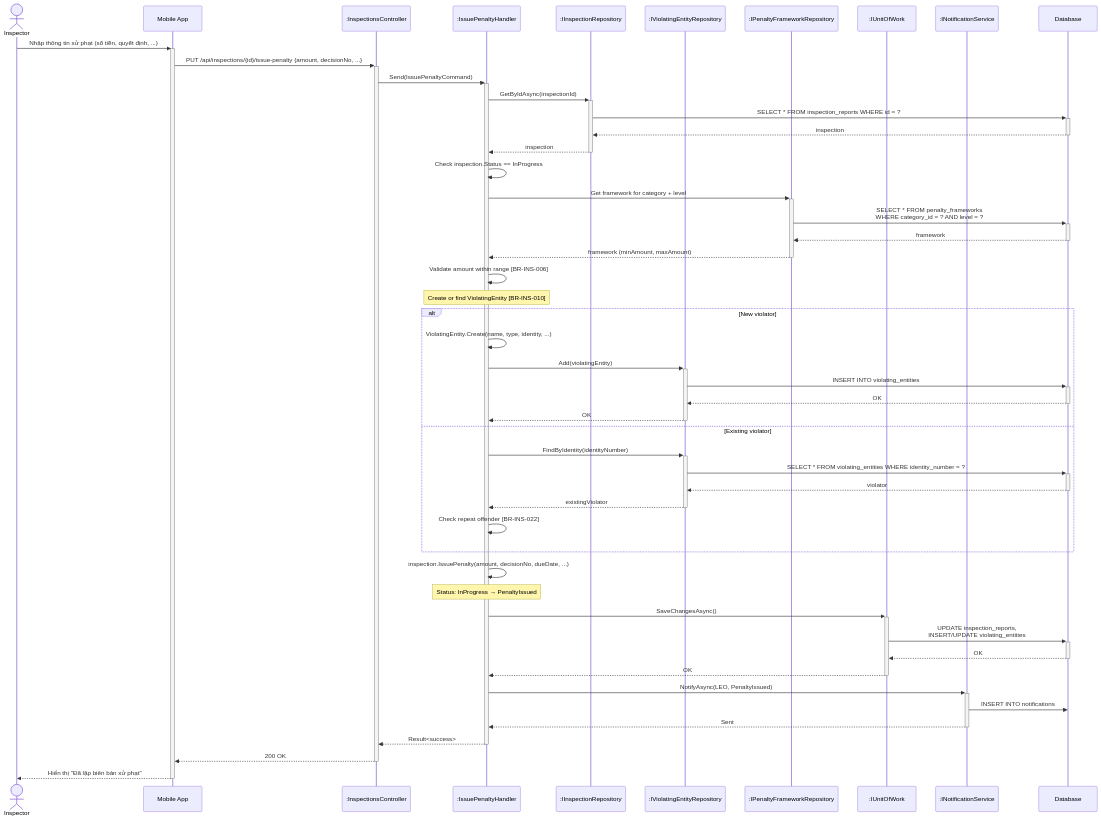
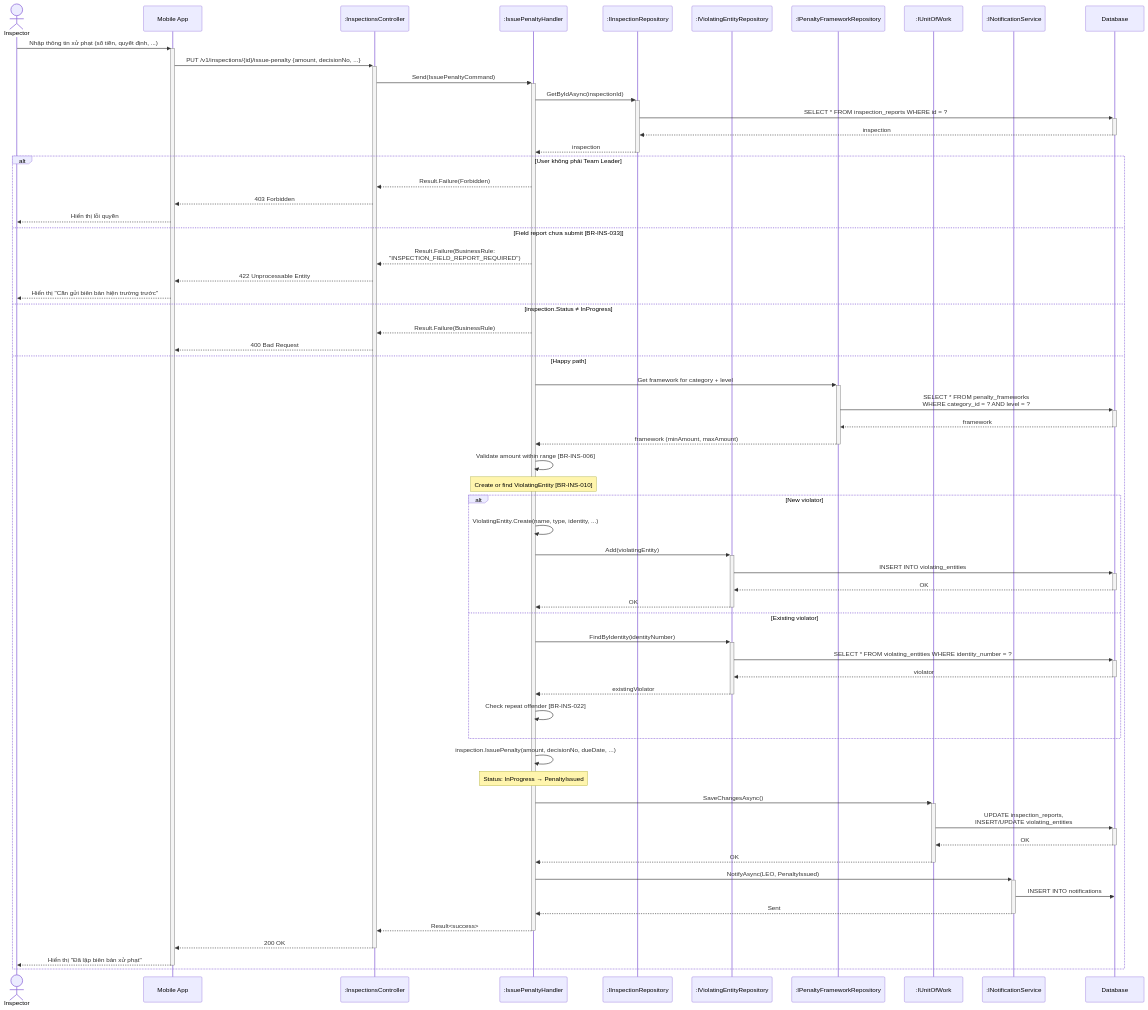
Diagram 21 of 33 in docs/BusinessRule/SEQUENCE_DIAGRAMS.md (Capstonne-Project/greenlens-service), drawn with Mermaid before and after one commit. The commit also changed other lines of this file and 1 other file, not shown here.

Commit message:
chore(docs): change inspection flow sequence and class diagram

````diff
--- a/docs/BusinessRule/SEQUENCE_DIAGRAMS.md
+++ b/docs/BusinessRule/SEQUENCE_DIAGRAMS.md
@@ -893,60 +1251,72 @@
 ```mermaid
 sequenceDiagram
     actor Inspector
     participant App as Mobile App
     participant Ctrl as :InspectionsController
     participant Hdl as :IssuePenaltyHandler
     participant InspRepo as :IInspectionRepository
     participant ViolRepo as :IViolatingEntityRepository
     participant FwRepo as :IPenaltyFrameworkRepository
     participant UoW as :IUnitOfWork
     participant Notif as :INotificationService
     participant DB as Database
 
     Inspector->>+App: Nhập thông tin xử phạt (số tiền, quyết định, ...)
-    App->>+Ctrl: PUT /api/inspections/{id}/issue-penalty {amount, decisionNo, ...}
+    App->>+Ctrl: PUT /v1/inspections/{id}/issue-penalty {amount, decisionNo, ...}
     Ctrl->>+Hdl: Send(IssuePenaltyCommand)
 
     Hdl->>+InspRepo: GetByIdAsync(inspectionId)
     InspRepo->>+DB: SELECT * FROM inspection_reports WHERE id = ?
     DB-->>-InspRepo: inspection
     InspRepo-->>-Hdl: inspection
-    Hdl->>Hdl: Check inspection.Status == InProgress
 
-    Hdl->>+FwRepo: Get framework for category + level
+    alt User không phải Team Leader
+        Hdl-->>Ctrl: Result.Failure(Forbidden)
+        Ctrl-->>App: 403 Forbidden
+        App-->>Inspector: Hiển thị lỗi quyền
+    else Field report chưa submit [BR-INS-033]
+        Hdl-->>Ctrl: Result.Failure(BusinessRule:<br/>"INSPECTION_FIELD_REPORT_REQUIRED")
+        Ctrl-->>App: 422 Unprocessable Entity
+        App-->>Inspector: Hiển thị "Cần gửi biên bản hiện trường trước"
+    else inspection.Status ≠ InProgress
+        Hdl-->>Ctrl: Result.Failure(BusinessRule)
+        Ctrl-->>App: 400 Bad Request
+    else Happy path
+        Hdl->>+FwRepo: Get framework for category + level
     FwRepo->>+DB: SELECT * FROM penalty_frameworks<br/>WHERE category_id = ? AND level = ?
     DB-->>-FwRepo: framework
     FwRepo-->>-Hdl: framework (minAmount, maxAmount)
     Hdl->>Hdl: Validate amount within range [BR-INS-006]
 
     Note over Hdl: Create or find ViolatingEntity [BR-INS-010]
     alt New violator
         Hdl->>Hdl: ViolatingEntity.Create(name, type, identity, ...)
         Hdl->>+ViolRepo: Add(violatingEntity)
         ViolRepo->>+DB: INSERT INTO violating_entities
         DB-->>-ViolRepo: OK
         ViolRepo-->>-Hdl: OK
     else Existing violator
         Hdl->>+ViolRepo: FindByIdentity(identityNumber)
         ViolRepo->>+DB: SELECT * FROM violating_entities WHERE identity_number = ?
         DB-->>-ViolRepo: violator
         ViolRepo-->>-Hdl: existingViolator
         Hdl->>Hdl: Check repeat offender [BR-INS-022]
     end
 
     Hdl->>Hdl: inspection.IssuePenalty(amount, decisionNo, dueDate, ...)
     Note over Hdl: Status: InProgress → PenaltyIssued
 
     Hdl->>+UoW: SaveChangesAsync()
     UoW->>+DB: UPDATE inspection_reports,<br/>INSERT/UPDATE violating_entities
     DB-->>-UoW: OK
     UoW-->>-Hdl: OK
 
     Hdl->>+Notif: NotifyAsync(LEO, PenaltyIssued)
     Notif->>DB: INSERT INTO notifications
     Notif-->>-Hdl: Sent
 
     Hdl-->>-Ctrl: Result<success>
     Ctrl-->>-App: 200 OK
     App-->>-Inspector: Hiển thị "Đã lập biên bản xử phạt"
+    end
 ```
````
